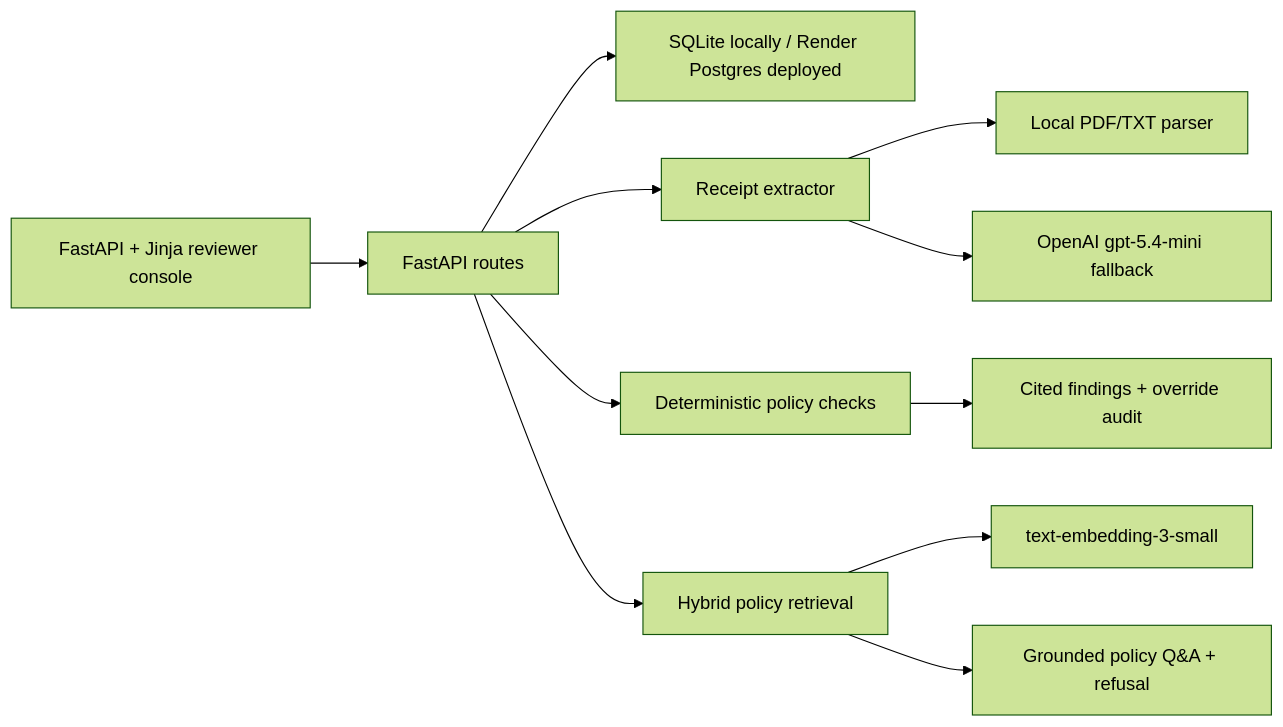
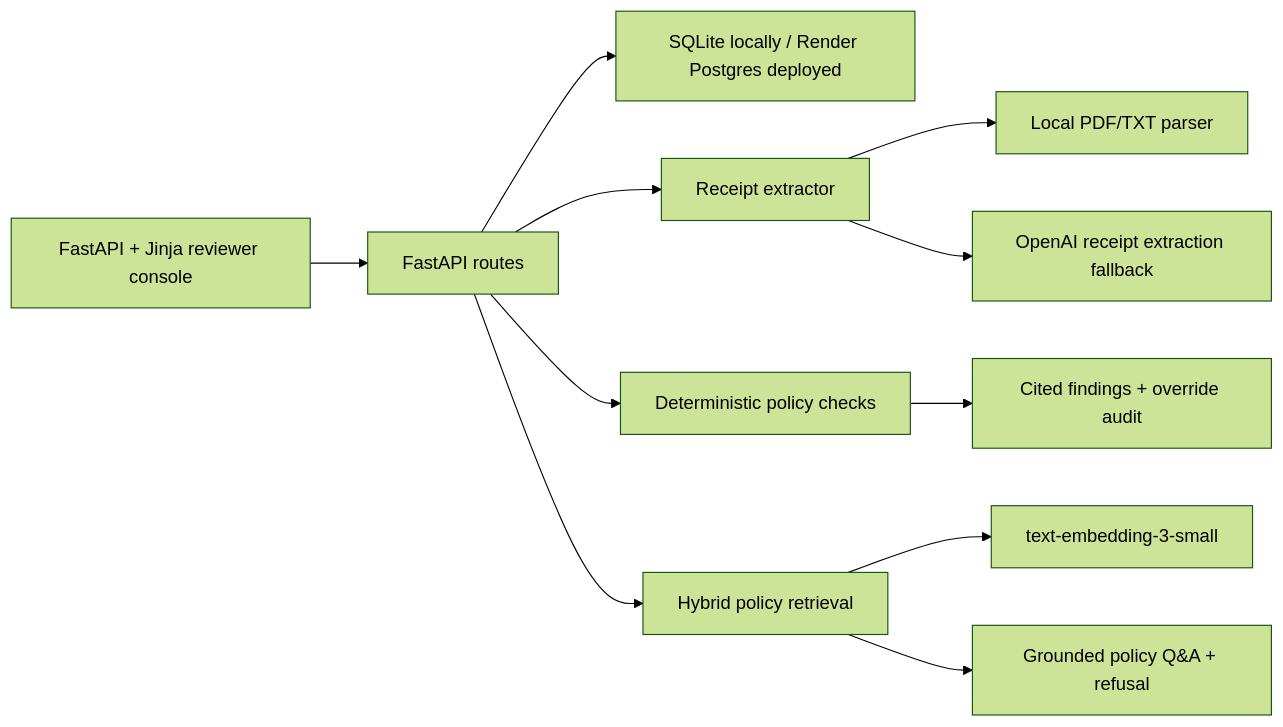
The diagram in README.md (Balavardhanreddysheelam/northwind-expense-review), drawn with Mermaid (forest theme) before and after one commit. The commit also changed other lines of this file and 7 other files, not shown here.

````diff
--- a/README.md
+++ b/README.md
@@ -35,13 +37,13 @@
 ```mermaid
 flowchart LR
   UI["FastAPI + Jinja reviewer console"] --> API["FastAPI routes"]
   API --> DB["SQLite locally / Render Postgres deployed"]
   API --> EX["Receipt extractor"]
   EX --> LOCAL["Local PDF/TXT parser"]
-  EX --> LLM["OpenAI gpt-5.4-mini fallback"]
+  EX --> LLM["OpenAI receipt extraction fallback"]
   API --> RULES["Deterministic policy checks"]
   API --> RET["Hybrid policy retrieval"]
   RET --> EMB["text-embedding-3-small"]
   RULES --> REVIEW["Cited findings + override audit"]
   RET --> QA["Grounded policy Q&A + refusal"]
 ```
````
